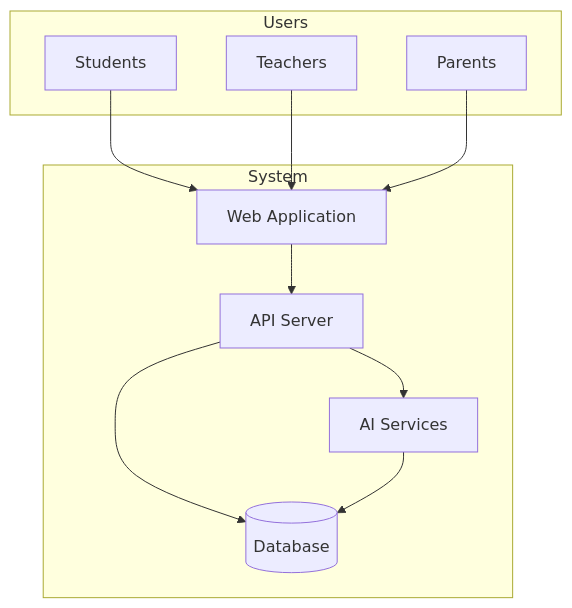
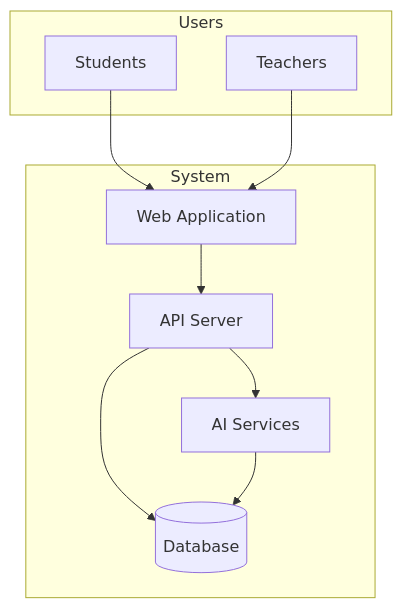
The first of 12 diagrams in diagrams-and-docs/mvp-documentation.md (abdulrahman-riyad/Co-Learn), drawn with Mermaid before and after one commit. The commit also changed other lines of this file, not shown here.

````diff
--- a/diagrams-and-docs/mvp-documentation.md
+++ b/diagrams-and-docs/mvp-documentation.md
@@ -138,23 +137,21 @@
 ```mermaid
 graph TB
     subgraph "Users"
         Student[Students]
         Teacher[Teachers]
-        Parent[Parents]
     end
     
     subgraph "System"
         Web[Web Application]
         API[API Server]
         AI[AI Services]
         DB[(Database)]
     end
     
     Student --> Web
     Teacher --> Web
-    Parent --> Web
     Web --> API
     API --> AI
     API --> DB
     AI --> DB
 ```
````
